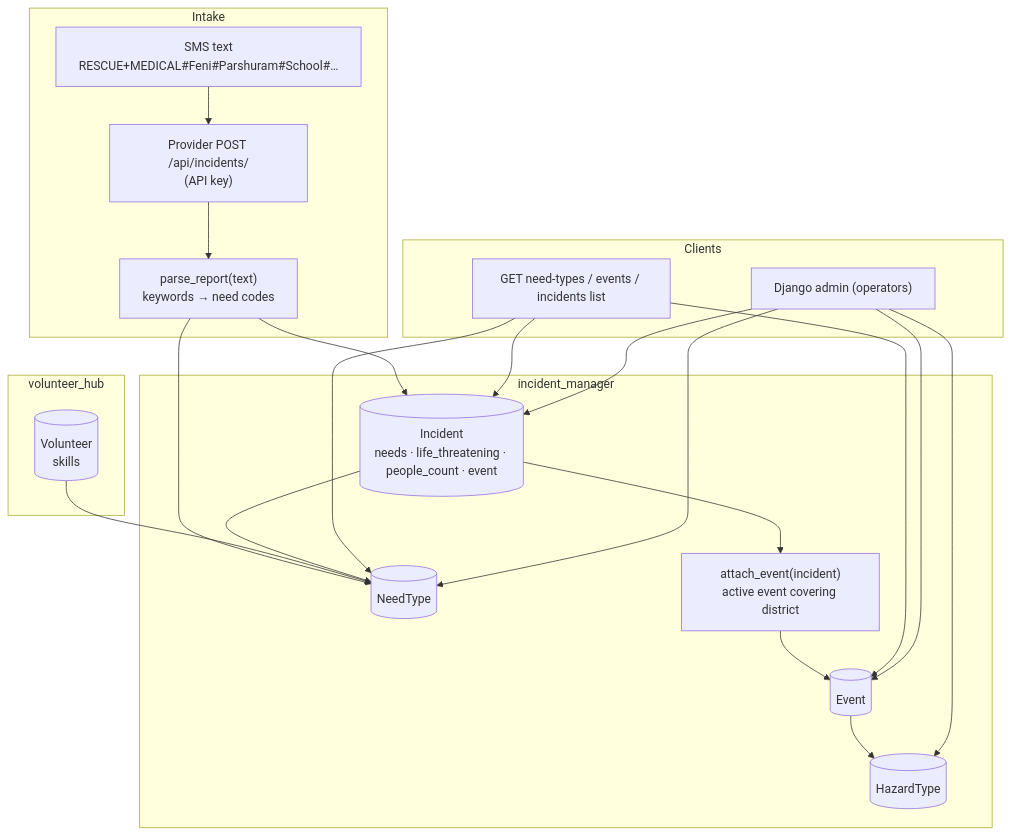
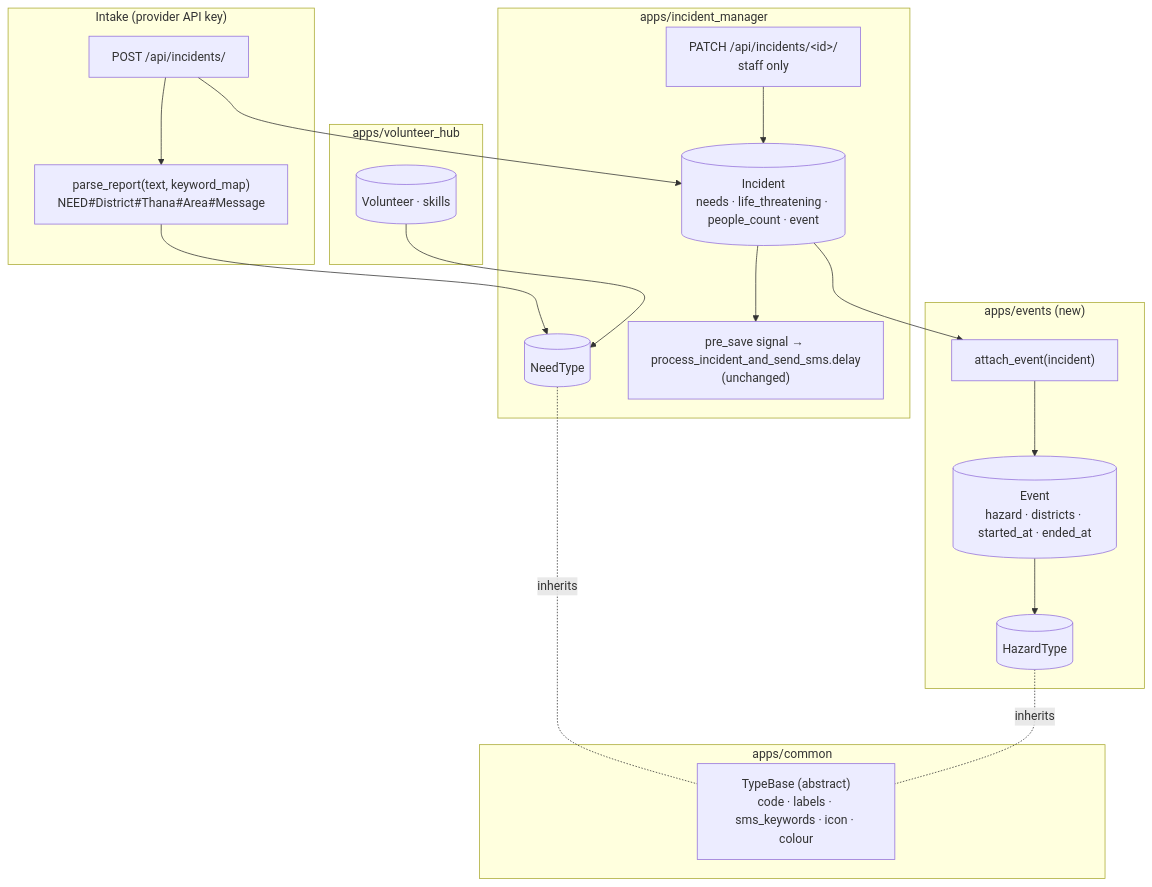
The first of 2 diagrams in agent-os/specs/2026-11-04-hazard-agnostic-incident-types/spec.md (skfarhad/hazard_reporting_system), drawn with Mermaid before and after one commit. The commit also changed other lines of this file and 2 other files, not shown here.

Commit message:
chore(feature): plan hazard-agnostic-incident-types

````diff
--- a/agent-os/specs/2026-11-04-hazard-agnostic-incident-types/spec.md
+++ b/agent-os/specs/2026-11-04-hazard-agnostic-incident-types/spec.md
@@ -60,31 +76,31 @@
 ```mermaid
 graph TB
-    subgraph "Intake"
-        SMS["SMS text<br/>RESCUE+MEDICAL#Feni#Parshuram#School#…"]
-        P["Provider POST /api/incidents/<br/>(API key)"]
-        K["parse_report(text)<br/>keywords → need codes"]
+    subgraph "Intake (provider API key)"
+        P["POST /api/incidents/"]
+        K["parse_report(text, keyword_map)<br/>NEED#District#Thana#Area#Message"]
     end
-    subgraph "incident_manager"
+    subgraph "apps/incident_manager"
         NT[(NeedType)]
+        IN[(Incident<br/>needs · life_threatening · people_count · event)]
+        OP["PATCH /api/incidents/&lt;id&gt;/<br/>staff only"]
+        SIG["pre_save signal → process_incident_and_send_sms.delay<br/>(unchanged)"]
+    end
+    subgraph "apps/events (new)"
         HT[(HazardType)]
-        EV[(Event)]
-        IN[(Incident<br/>needs · life_threatening · people_count · event)]
-        AT["attach_event(incident)<br/>active event covering district"]
+        EV[(Event<br/>hazard · districts · started_at · ended_at)]
+        AT["attach_event(incident)"]
     end
-    subgraph "volunteer_hub"
-        VO[(Volunteer<br/>skills)]
+    subgraph "apps/volunteer_hub"
+        VO[(Volunteer · skills)]
     end
-    subgraph "Clients"
-        API["GET need-types / events / incidents list"]
-        ADM["Django admin (operators)"]
+    subgraph "apps/common"
+        TB["TypeBase (abstract)<br/>code · labels · sms_keywords · icon · colour"]
     end
 
-    SMS --> P --> K --> NT
-    K --> IN
-    IN --> AT --> EV
-    EV --> HT
+    P --> K --> NT
+    P --> IN --> AT --> EV --> HT
+    OP --> IN --> SIG
     VO --> NT
-    IN --> NT
-    API --> NT & EV & IN
-    ADM --> NT & HT & EV & IN
+    NT -.inherits.- TB
+    HT -.inherits.- TB
 ```
````
